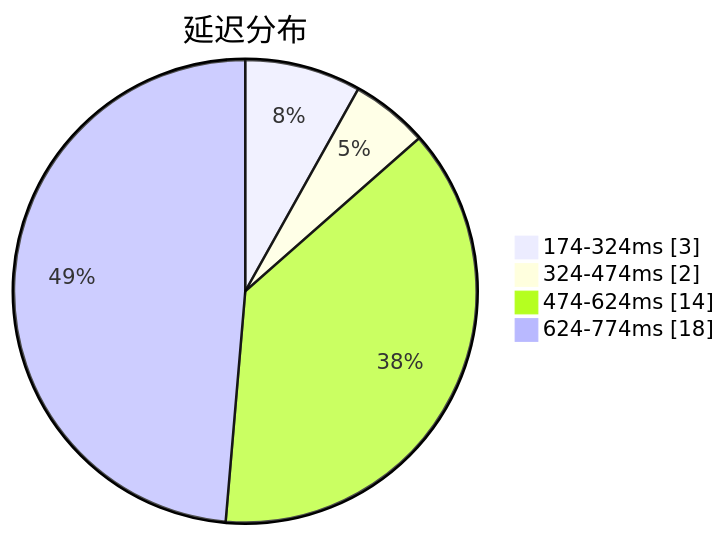
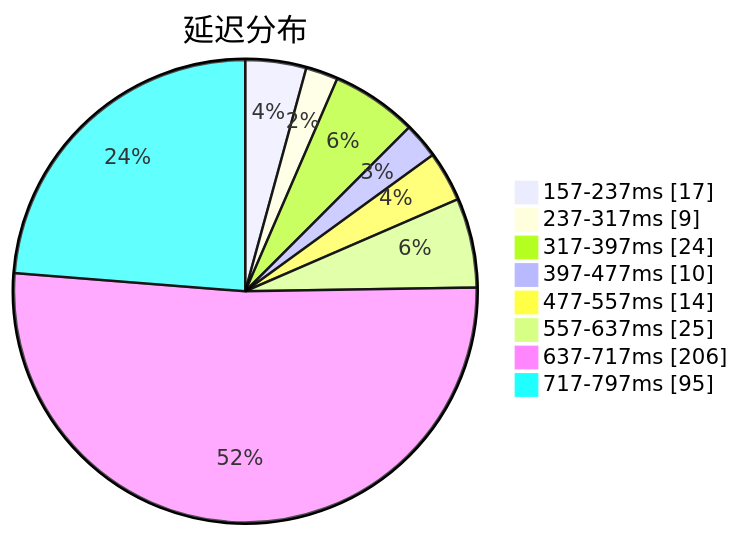
The first of 3 diagrams in subs/statistics/tested_within.md (qjlxg/airport), drawn with Mermaid before and after one commit. The commit also changed other lines of this file and 2 other files, not shown here.

````diff
--- a/subs/statistics/tested_within.md
+++ b/subs/statistics/tested_within.md
@@ -2,8 +2,12 @@
 ```mermaid
 pie showData
 title 延迟分布
-"174-324ms" : 3
-"324-474ms" : 2
-"474-624ms" : 14
-"624-774ms" : 18
+"157-237ms" : 17
+"237-317ms" : 9
+"317-397ms" : 24
+"397-477ms" : 10
+"477-557ms" : 14
+"557-637ms" : 25
+"637-717ms" : 206
+"717-797ms" : 95
 ```
````
